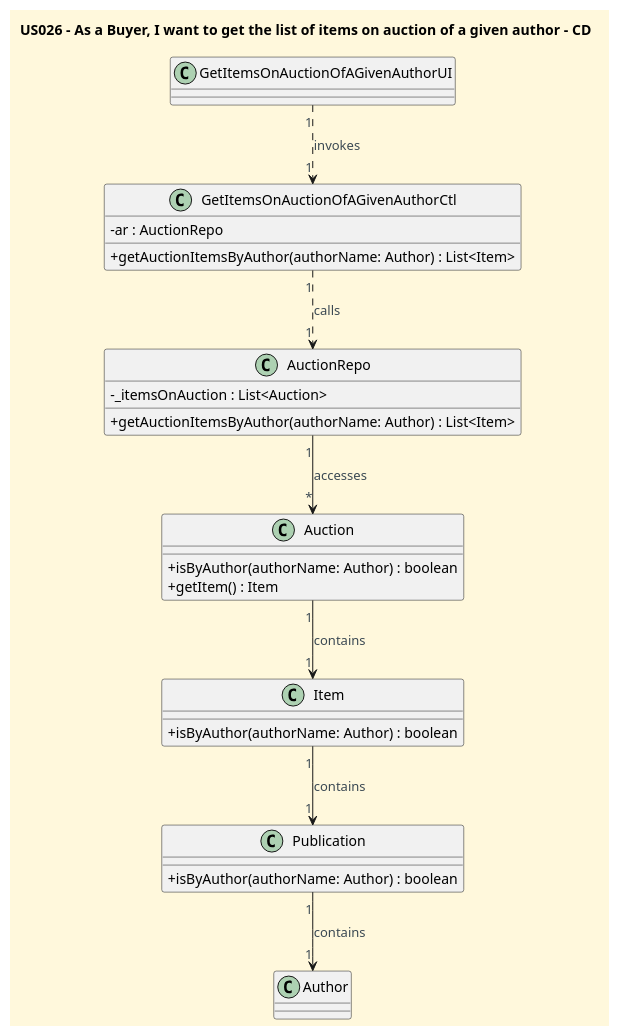
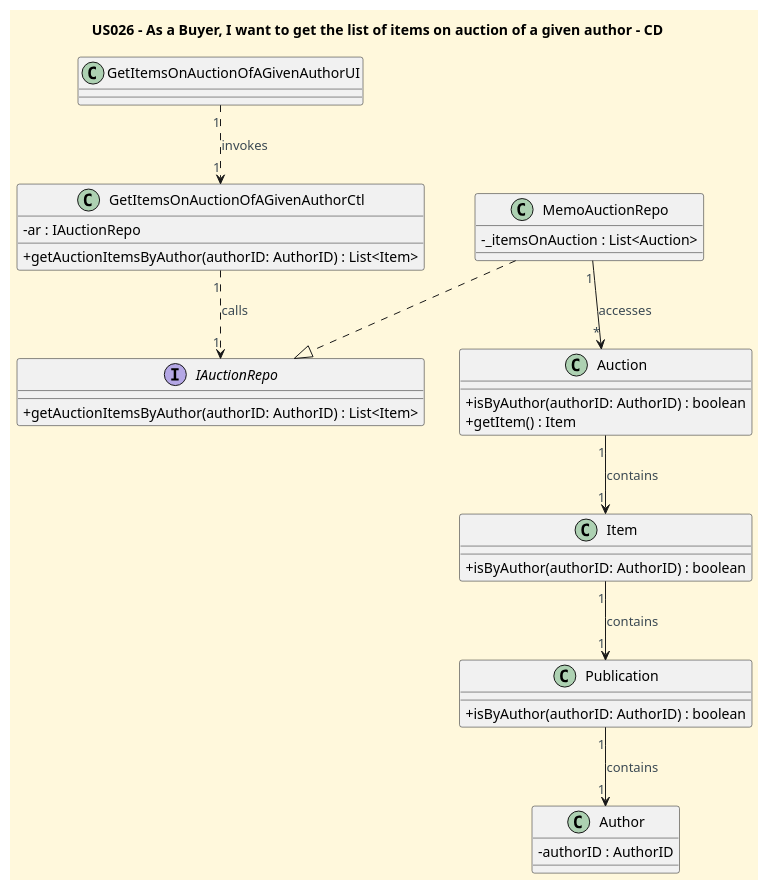
Before and after one commit to CarolinaLeite-collab/JavaMarketplacePlatform: the diagram in docs/userStories/US026/US026_get_list_of_items_on_auction_of_given_author_CD_2.puml, drawn with PlantUML. The commit also changed 3 other files, not shown here.

```diff
--- a/docs/userStories/US026/US026_get_list_of_items_on_auction_of_given_author_CD_2.puml
+++ b/docs/userStories/US026/US026_get_list_of_items_on_auction_of_given_author_CD_2.puml
@@ -1,60 +1,66 @@
 @startuml
 'https://plantuml.com/class-diagram
 title US026 - As a Buyer, I want to get the list of items on auction of a given author - CD
 
 '==== basic style ====
 skinparam monochrome false
 skinparam shadowing false
 skinparam defaultFontName Futura
 skinparam objectFontSize 20
 skinparam backgroundColor CornSilk
 skinparam objectBackgroundColor WhiteSmoke
 skinparam noteBackgroundColor #FFFFE0
 skinparam ArrowFontColor #3B4953
 skinparam ActivationBackgroundColor black
 skinparam classAttributeIconSize 0
 
 
 class GetItemsOnAuctionOfAGivenAuthorUI {
 
 }
 
 class GetItemsOnAuctionOfAGivenAuthorCtl {
-- ar : AuctionRepo
-+ getAuctionItemsByAuthor(authorName: Author) : List<Item>
+- ar : IAuctionRepo
++ getAuctionItemsByAuthor(authorID: AuthorID) : List<Item>
 }
 
-class AuctionRepo {
+interface IAuctionRepo{
++ getAuctionItemsByAuthor(authorID: AuthorID) : List<Item>
+}
+
+class MemoAuctionRepo {
 - _itemsOnAuction : List<Auction>
-+ getAuctionItemsByAuthor(authorName: Author) : List<Item>
 }
 
 class Auction {
-+ isByAuthor(authorName: Author) : boolean
++ isByAuthor(authorID: AuthorID) : boolean
 + getItem() : Item
 }
 
 class Item {
 
-+ isByAuthor(authorName: Author) : boolean
++ isByAuthor(authorID: AuthorID) : boolean
 
 }
 
 class Publication {
 
-+ isByAuthor(authorName: Author) : boolean
++ isByAuthor(authorID: AuthorID) : boolean
 
 }
 
 class Author {
 
+- authorID : AuthorID
+
 }
 
 GetItemsOnAuctionOfAGivenAuthorUI "1" ..> "1" GetItemsOnAuctionOfAGivenAuthorCtl : invokes
-GetItemsOnAuctionOfAGivenAuthorCtl "1" ..> "1" AuctionRepo : calls
-AuctionRepo "1" --> "*" Auction : accesses
+GetItemsOnAuctionOfAGivenAuthorCtl "1" ..> "1" IAuctionRepo : calls
+MemoAuctionRepo ..|> IAuctionRepo
+MemoAuctionRepo "1" --> "*" Auction : accesses
 Auction "1" --> "1" Item : contains
 Item "1" --> "1" Publication : contains
 Publication "1" --> "1" Author : contains
 
 @enduml
```
